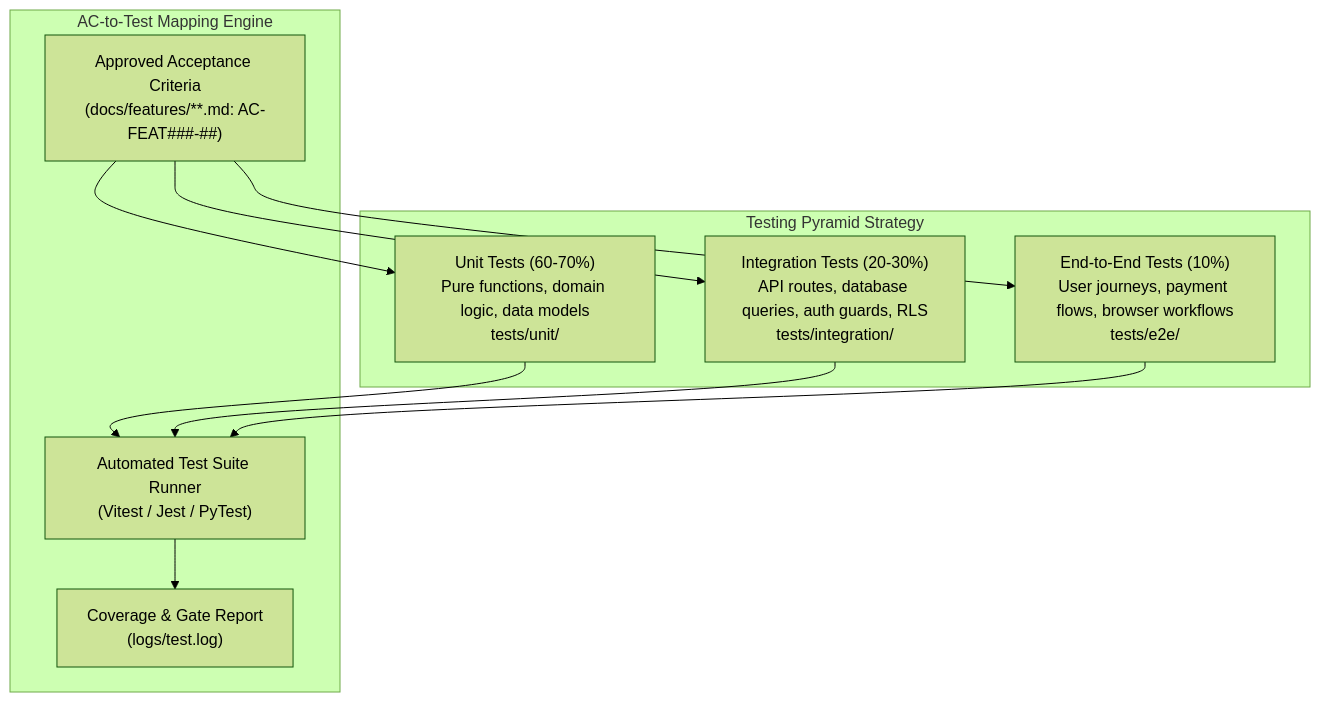
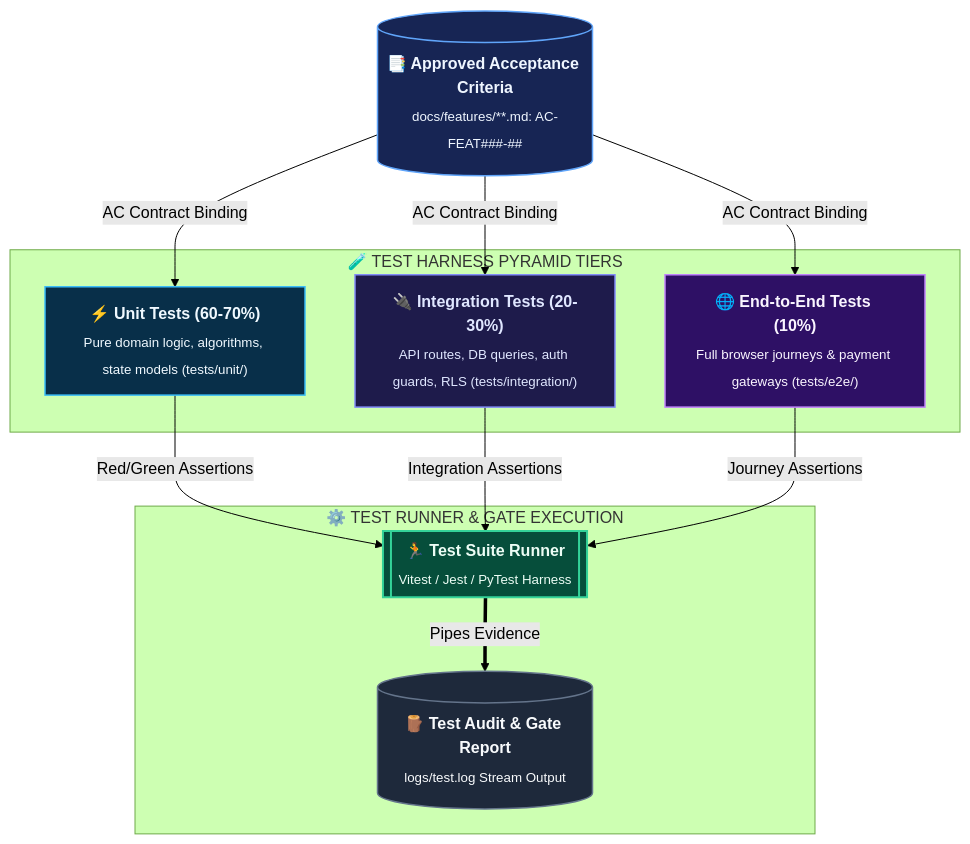
One commit to rmsofficialsyt/Agentic-AI-Vibe-Coding-AND-SDD-TDD-Codebase-Chandan-Adhikary changed the diagram in SDD-TDD-Chandan-Adhikary/Spec-Driven-Development/tests/README.md. Above: the diagram before and after it, drawn with Mermaid (forest theme). The commit also changed 23 other files, not shown here.

Commit message:
docs: redesign diagrams to Eraser.io visual style and regenerate MANIFEST.json

````diff
--- a/SDD-TDD-Chandan-Adhikary/Spec-Driven-Development/tests/README.md
+++ b/SDD-TDD-Chandan-Adhikary/Spec-Driven-Development/tests/README.md
@@ -25,24 +25,32 @@
 ```mermaid
 flowchart TD
-    subgraph Pyramid ["Testing Pyramid Strategy"]
-        Unit["Unit Tests (60-70%)<br/>Pure functions, domain logic, data models<br/>tests/unit/"]
-        Integration["Integration Tests (20-30%)<br/>API routes, database queries, auth guards, RLS<br/>tests/integration/"]
-        E2E["End-to-End Tests (10%)<br/>User journeys, payment flows, browser workflows<br/>tests/e2e/"]
+    classDef spec fill:#172554,stroke:#60a5fa,stroke-width:1.5px,color:#eff6ff;
+    classDef unit fill:#082f49,stroke:#38bdf8,stroke-width:1.5px,color:#f0f9ff;
+    classDef integ fill:#1e1b4b,stroke:#818cf8,stroke-width:1.5px,color:#e0e7ff;
+    classDef e2e fill:#2e1065,stroke:#c084fc,stroke-width:1.5px,color:#faf5ff;
+    classDef runner fill:#064e3b,stroke:#34d399,stroke-width:2px,color:#ecfdf5;
+    classDef log fill:#1e293b,stroke:#64748b,stroke-width:1.5px,color:#f8fafc;
+
+    SpecAC[("<b>📑 Approved Acceptance Criteria</b><br/><sub>docs/features/**.md: AC-FEAT###-##</sub>")]:::spec
+
+    subgraph Pyramid ["🧪 TEST HARNESS PYRAMID TIERS"]
+        E2E["<b>🌐 End-to-End Tests (10%)</b><br/><sub>Full browser journeys & payment gateways (tests/e2e/)</sub>"]:::e2e
+        Integration["<b>🔌 Integration Tests (20-30%)</b><br/><sub>API routes, DB queries, auth guards, RLS (tests/integration/)</sub>"]:::integ
+        Unit["<b>⚡ Unit Tests (60-70%)</b><br/><sub>Pure domain logic, algorithms, state models (tests/unit/)</sub>"]:::unit
     end
 
-    subgraph TraceabilityEngine ["AC-to-Test Mapping Engine"]
-        SpecAC["Approved Acceptance Criteria<br/>(docs/features/**.md: AC-FEAT###-##)"]
-        TestRunner["Automated Test Suite Runner<br/>(Vitest / Jest / PyTest)"]
-        CoverageReport["Coverage & Gate Report<br/>(logs/test.log)"]
+    subgraph ExecutionGate ["⚙️ TEST RUNNER & GATE EXECUTION"]
+        TestRunner[["<b>🏃 Test Suite Runner</b><br/><sub>Vitest / Jest / PyTest Harness</sub>"]]:::runner
+        CoverageReport[("<b>🪵 Test Audit & Gate Report</b><br/><sub>logs/test.log Stream Output</sub>")]:::log
     end
 
-    SpecAC --> Unit
-    SpecAC --> Integration
-    SpecAC --> E2E
+    SpecAC -->|"AC Contract Binding"| Unit
+    SpecAC -->|"AC Contract Binding"| Integration
+    SpecAC -->|"AC Contract Binding"| E2E
 
-    Unit --> TestRunner
-    Integration --> TestRunner
-    E2E --> TestRunner
+    Unit -->|"Red/Green Assertions"| TestRunner
+    Integration -->|"Integration Assertions"| TestRunner
+    E2E -->|"Journey Assertions"| TestRunner
 
-    TestRunner --> CoverageReport
+    TestRunner ==>|"Pipes Evidence"| CoverageReport
 ```
````
